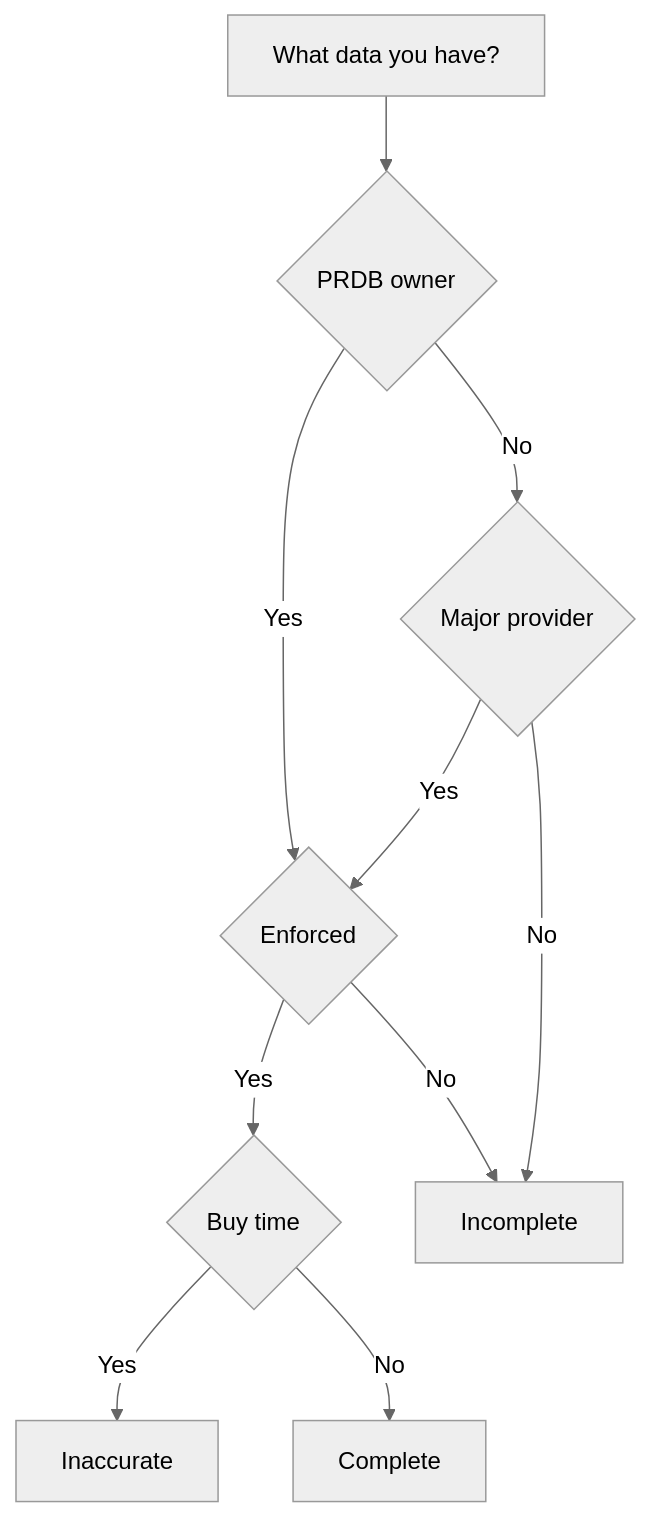
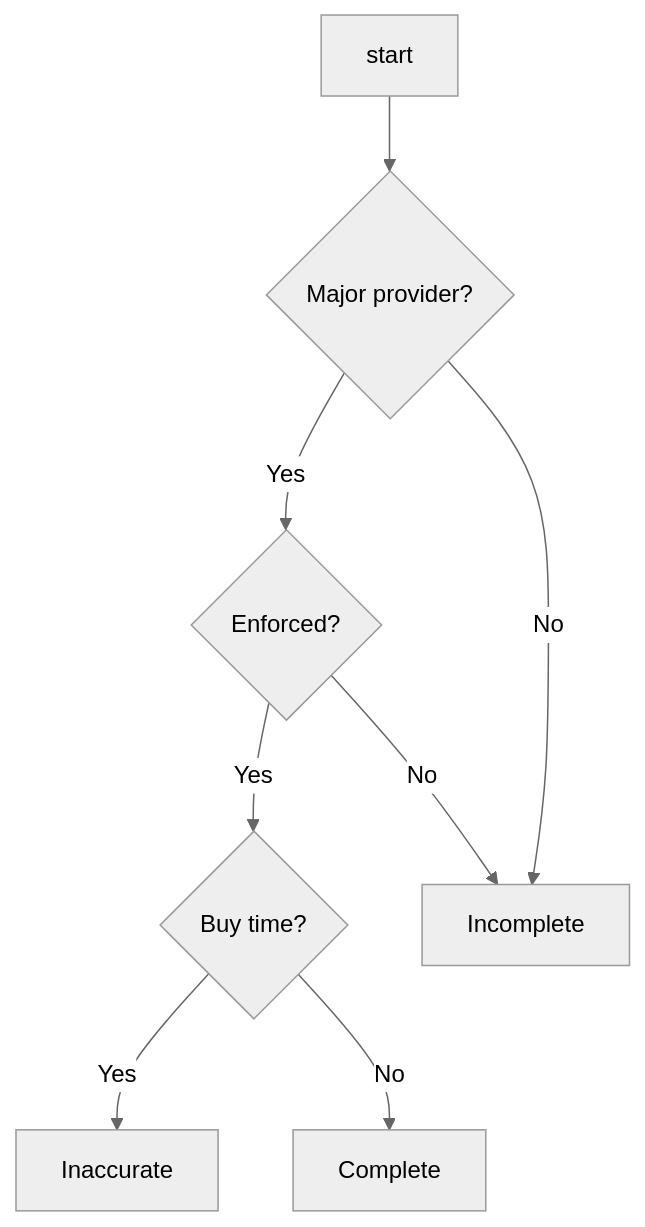
The diagram in src/pages/pn-hackathon-2018/index.md (forenablers/forenablers.github.io), drawn with Mermaid (neutral theme) before and after one commit. The commit also changed other lines of this file, not shown here.

````diff
--- a/src/pages/pn-hackathon-2018/index.md
+++ b/src/pages/pn-hackathon-2018/index.md
@@ -140,12 +130,10 @@
 ```mermaid
 graph TD
-    A[What data you have?] --> C{PRDB owner}
-    C --> |Yes| D{Enforced}
-    D --> |Yes| F{Buy time}
+    start --> K{Major provider?}
+    D{Enforced?} --> |Yes| F{Buy time?}
     D --> |No| B
-    C --> |No| K{Major provider}
     K --> |No| B[Incomplete]
     K --> |Yes| D
     F --> |Yes| G[Inaccurate]
     F --> |No| H[Complete]
 ```
````
